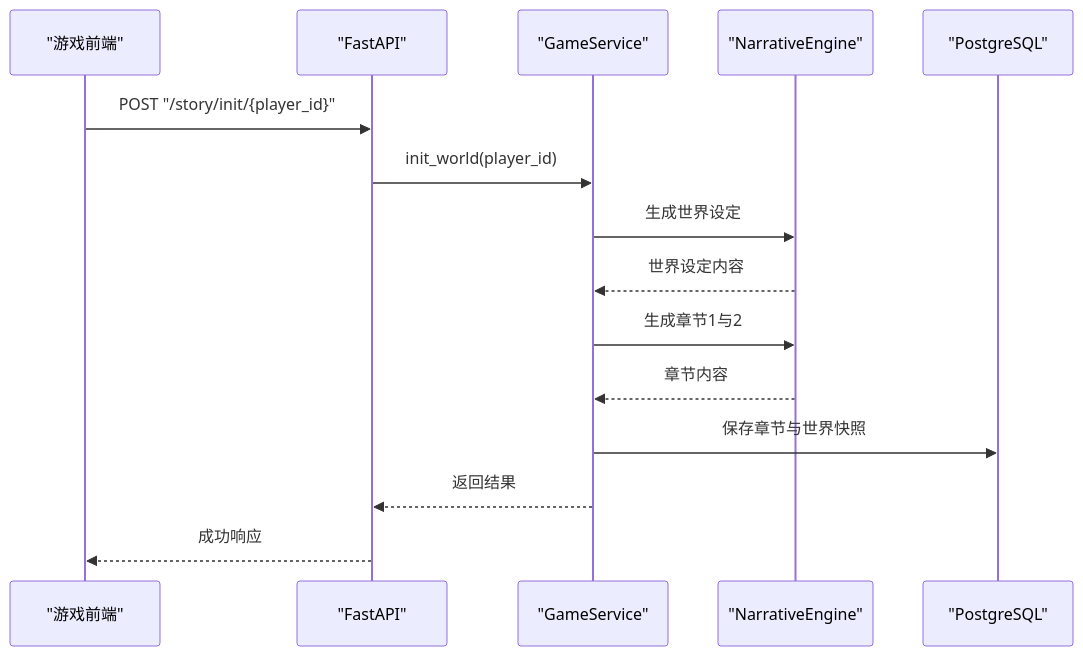
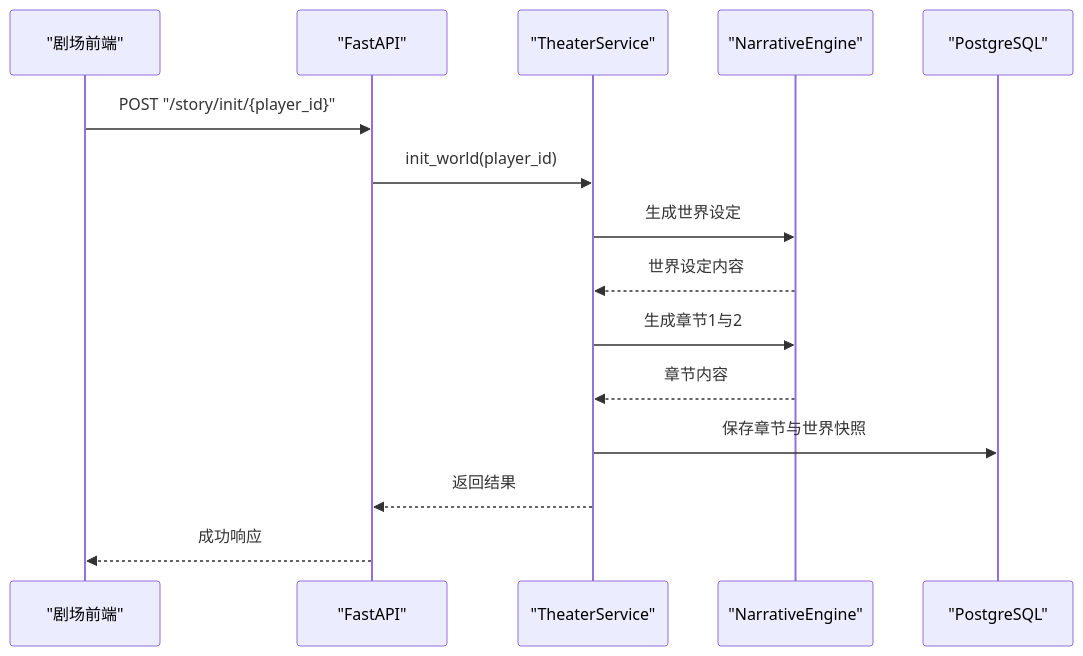
The fourth of 9 diagrams in .qoder/repowiki/zh/content/项目概述/项目概述.md (KunLabAI/KunFlix), drawn with Mermaid before and after one commit. The commit also changed other lines of this file and 112 other files, not shown here.

````diff
--- a/.qoder/repowiki/zh/content/项目概述/项目概述.md
+++ b/.qoder/repowiki/zh/content/项目概述/项目概述.md
@@ -242,17 +242,17 @@
 ```mermaid
 sequenceDiagram
-participant Client as "游戏前端"
+participant Client as "剧场前端"
 participant API as "FastAPI"
-participant GS as "GameService"
+participant GS as "TheaterService"
 participant NE as "NarrativeEngine"
 participant DB as "PostgreSQL"
 Client->>API : POST "/story/init/{player_id}"
 API->>GS : init_world(player_id)
 GS->>NE : 生成世界设定
 NE-->>GS : 世界设定内容
 GS->>NE : 生成章节1与2
 NE-->>GS : 章节内容
 GS->>DB : 保存章节与世界快照
 GS-->>API : 返回结果
 API-->>Client : 成功响应
 ```
````
